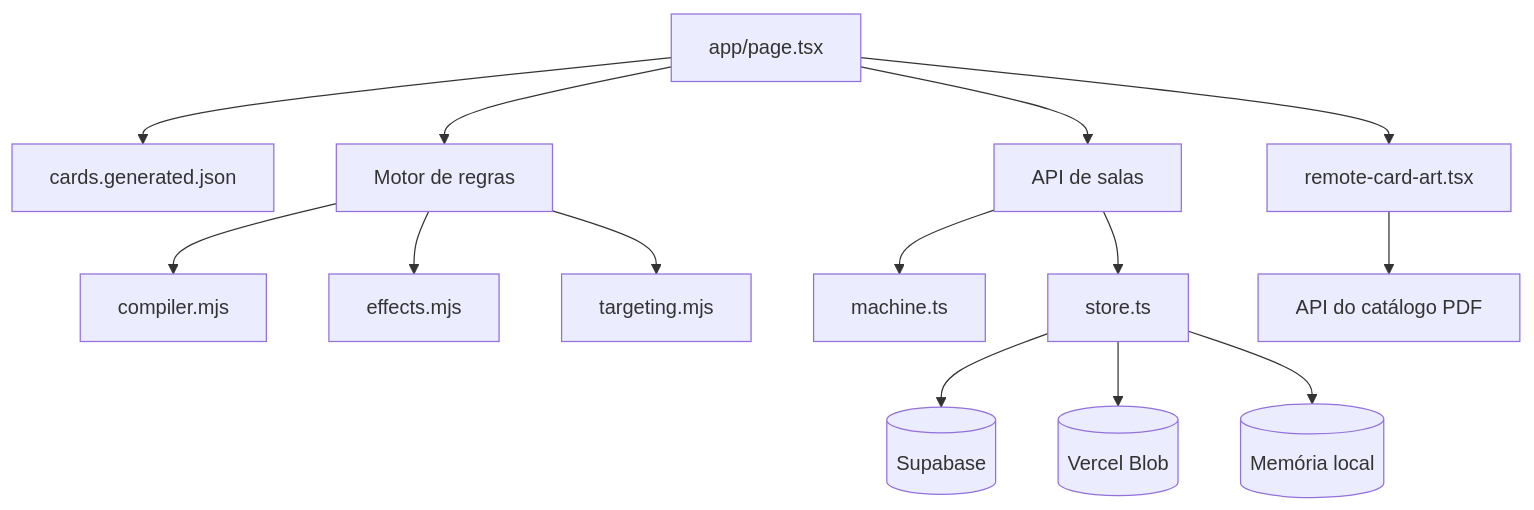
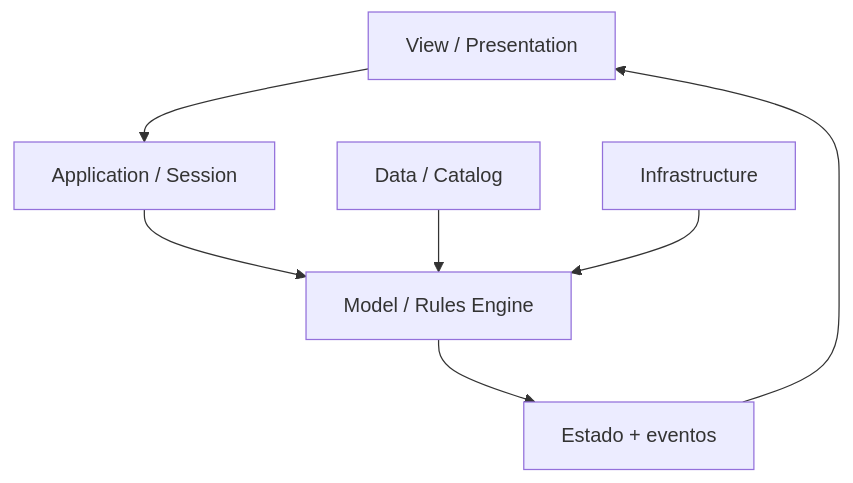
The diagram in README.md (Vanleef/Hemsfell-Heroes), drawn with Mermaid before and after one commit. The commit also changed other lines of this file and 11 other files, not shown here.

Commit message:
feat: elevate tutorial and document architecture

````diff
--- a/README.md
+++ b/README.md
@@ -187,16 +192,9 @@
 ```mermaid
 flowchart TD
-    UI[app/page.tsx] --> Catalog[cards.generated.json]
-    UI --> Rules[Motor de regras]
-    UI --> Rooms[API de salas]
-    Rules --> Compiler[compiler.mjs]
-    Rules --> Effects[effects.mjs]
-    Rules --> Targeting[targeting.mjs]
-    Rooms --> Machine[machine.ts]
-    Rooms --> Store[store.ts]
-    Store --> Supabase[(Supabase)]
-    Store --> Blob[(Vercel Blob)]
-    Store --> Memory[(Memória local)]
-    UI --> Art[remote-card-art.tsx]
-    Art --> PDF[API do catálogo PDF]
+    View[View / Presentation] --> App[Application / Session]
+    App --> Rules[Model / Rules Engine]
+    Catalog[Data / Catalog] --> Rules
+    Infra[Infrastructure] --> Rules
+    Rules --> Result[Estado + eventos]
+    Result --> View
 ```
````
